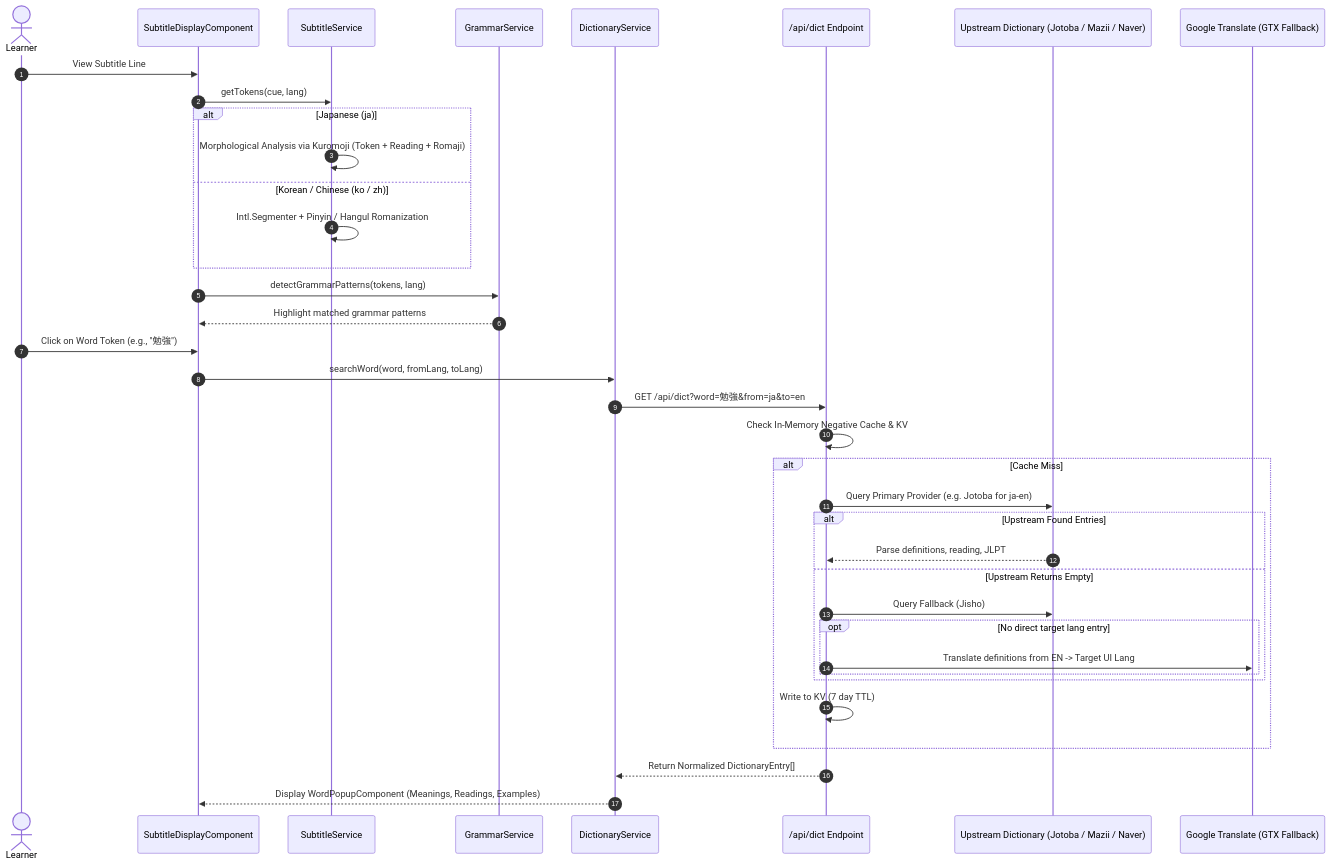
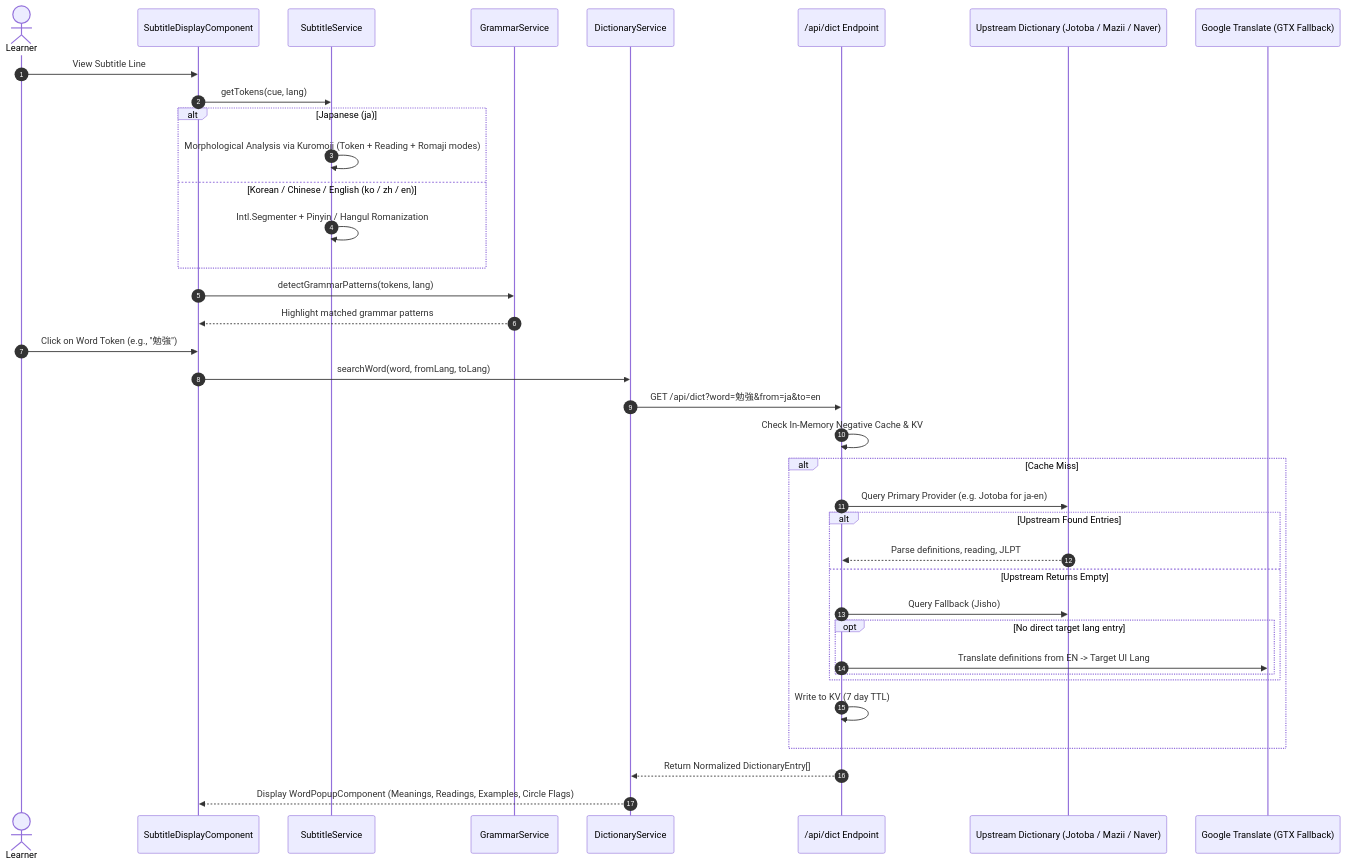
Before and after one commit to ghuyphan/LinguaTube: the fourth of 5 diagrams in doc/map.md, drawn with Mermaid. The commit also changed other lines of this file and 352 other files, not shown here.

````diff
--- a/doc/map.md
+++ b/doc/map.md
@@ -183,41 +208,41 @@
 ```mermaid
 sequenceDiagram
     autonumber
     actor Learner
     participant SubDisplay as SubtitleDisplayComponent
     participant SubService as SubtitleService
     participant Grammar as GrammarService
     participant DictService as DictionaryService
     participant DictAPI as /api/dict Endpoint
     participant Upstream as Upstream Dictionary (Jotoba / Mazii / Naver)
     participant GTX as Google Translate (GTX Fallback)
 
     Learner->>SubDisplay: View Subtitle Line
     SubDisplay->>SubService: getTokens(cue, lang)
     alt Japanese (ja)
-        SubService->>SubService: Morphological Analysis via Kuromoji (Token + Reading + Romaji)
-    else Korean / Chinese (ko / zh)
+        SubService->>SubService: Morphological Analysis via Kuromoji (Token + Reading + Romaji modes)
+    else Korean / Chinese / English (ko / zh / en)
         SubService->>SubService: Intl.Segmenter + Pinyin / Hangul Romanization
     end
     SubDisplay->>Grammar: detectGrammarPatterns(tokens, lang)
     Grammar-->>SubDisplay: Highlight matched grammar patterns
     
     Learner->>SubDisplay: Click on Word Token (e.g., "勉強")
     SubDisplay->>DictService: searchWord(word, fromLang, toLang)
     DictService->>DictAPI: GET /api/dict?word=勉強&from=ja&to=en
     DictAPI->>DictAPI: Check In-Memory Negative Cache & KV
     alt Cache Miss
         DictAPI->>Upstream: Query Primary Provider (e.g. Jotoba for ja-en)
         alt Upstream Found Entries
             Upstream-->>DictAPI: Parse definitions, reading, JLPT
         else Upstream Returns Empty
             DictAPI->>Upstream: Query Fallback (Jisho)
             opt No direct target lang entry
                 DictAPI->>GTX: Translate definitions from EN -> Target UI Lang
             end
         end
         DictAPI->>DictAPI: Write to KV (7 day TTL)
     end
     DictAPI-->>DictService: Return Normalized DictionaryEntry[]
-    DictService-->>SubDisplay: Display WordPopupComponent (Meanings, Readings, Examples)
+    DictService-->>SubDisplay: Display WordPopupComponent (Meanings, Readings, Examples, Circle Flags)
 ```
````
